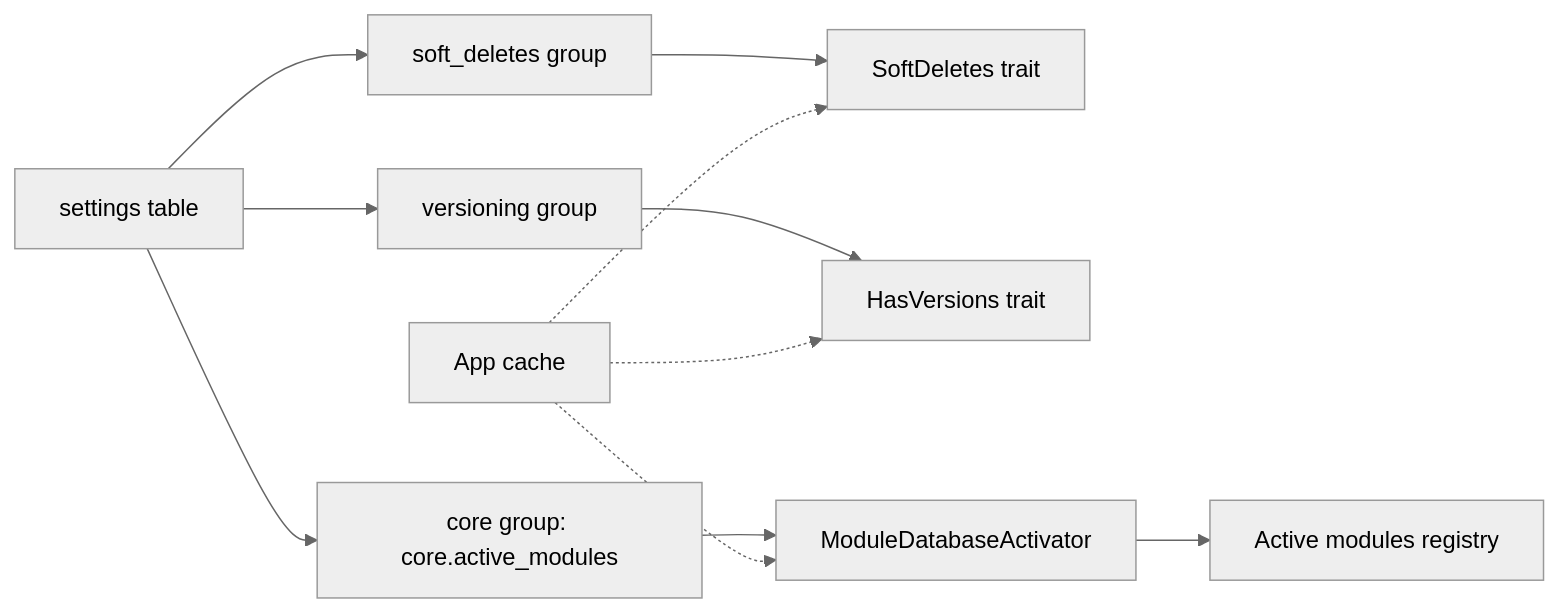
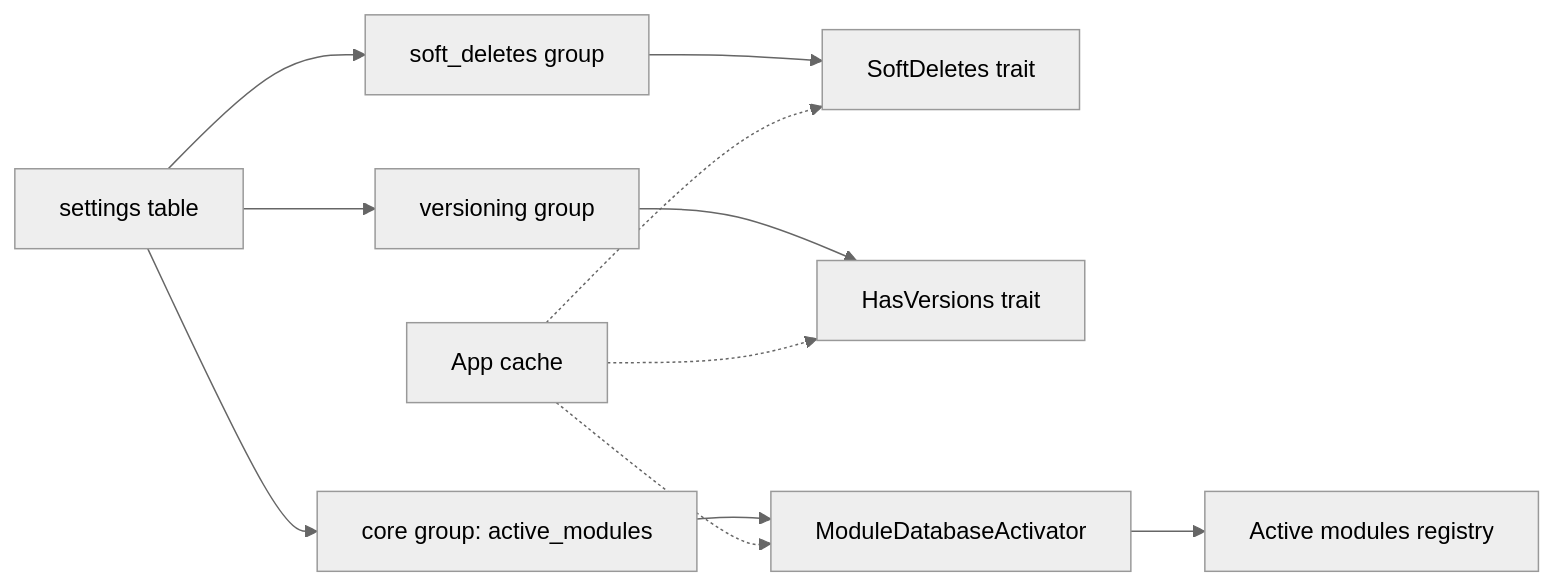
Before and after one commit to swolley/laraplate-core: diagram 14 of 14 in docs/rag/MODULE.md, drawn with Mermaid (neutral theme). The commit also changed other lines of this file and 36 other files, not shown here.

````diff
--- a/docs/rag/MODULE.md
+++ b/docs/rag/MODULE.md
@@ -512,23 +512,23 @@
 ```mermaid
 flowchart LR
   SettingsTable["settings table"]
   SoftG[soft_deletes group]
   VerG[versioning group]
-  ModG[core group: core.active_modules]
+  ModG[core group: active_modules]
   Cache[App cache]
   SoftTrait[SoftDeletes trait]
   VerTrait[HasVersions trait]
   Activator[ModuleDatabaseActivator]
   ModulesEnabled[Active modules registry]
 
   SettingsTable --> SoftG
   SettingsTable --> VerG
   SettingsTable --> ModG
   SoftG --> SoftTrait
   VerG --> VerTrait
   ModG --> Activator
   Activator --> ModulesEnabled
   Cache -.-> SoftTrait
   Cache -.-> VerTrait
   Cache -.-> Activator
 ```
````
